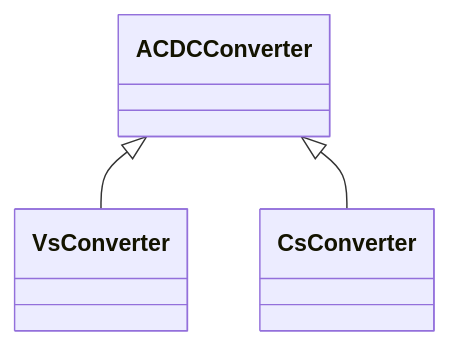
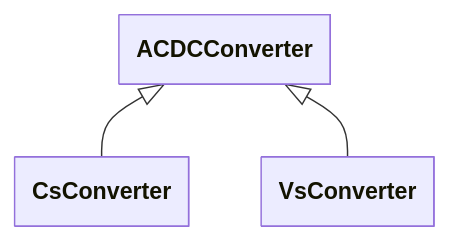
One commit to cim-cgmes/cim-cgmes.github.io changed the diagram in pages/docs/Profiles/Package_DC.md. Above: the diagram before and after it, drawn with Mermaid. The commit also changed 561 other files, not shown here.

````diff
--- a/pages/docs/Profiles/Package_DC.md
+++ b/pages/docs/Profiles/Package_DC.md
@@ -5,5 +5,10 @@
 ```mermaid
+---
+  config:
+    class:
+      hideEmptyMembersBox: true
+---
 classDiagram
+    ACDCConverter <|-- CsConverter
     ACDCConverter <|-- VsConverter
-    ACDCConverter <|-- CsConverter
 ```
````
